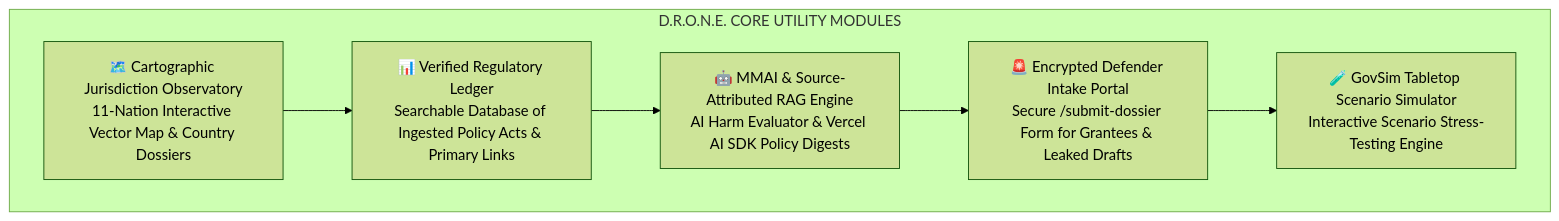
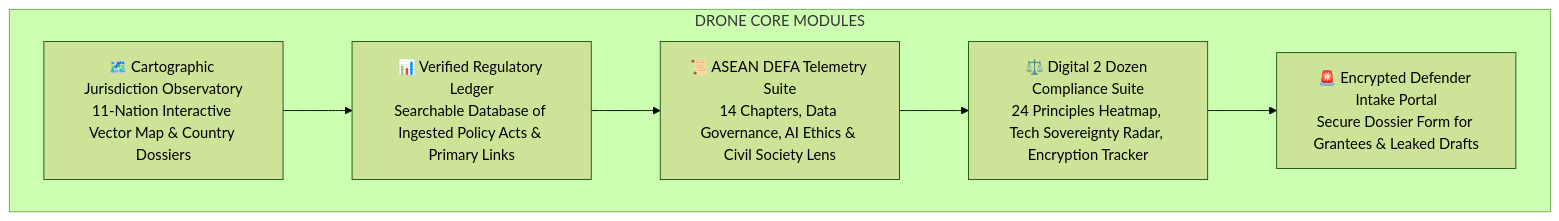
One commit to okihita/drone changed the diagram in README.md. Above: the diagram before and after it, drawn with Mermaid (forest theme). The commit also changed other lines of this file and 26 other files, not shown here.

````diff
--- a/README.md
+++ b/README.md
@@ -20,11 +20,11 @@
 ```mermaid
 flowchart TD
-    subgraph D.R.O.N.E. CORE UTILITY MODULES
+    subgraph DRONE CORE MODULES
         A["🗺️ Cartographic Jurisdiction Observatory<br/>11-Nation Interactive Vector Map & Country Dossiers"]
         B["📊 Verified Regulatory Ledger<br/>Searchable Database of Ingested Policy Acts & Primary Links"]
-        C["🤖 MMAI & Source-Attributed RAG Engine<br/>AI Harm Evaluator & Vercel AI SDK Policy Digests"]
-        D["🚨 Encrypted Defender Intake Portal<br/>Secure /submit-dossier Form for Grantees & Leaked Drafts"]
-        E["🧪 GovSim Tabletop Scenario Simulator<br/>Interactive Scenario Stress-Testing Engine"]
+        C["📜 ASEAN DEFA Telemetry Suite<br/>14 Chapters, Data Governance, AI Ethics & Civil Society Lens"]
+        D["⚖️ Digital 2 Dozen Compliance Suite<br/>24 Principles Heatmap, Tech Sovereignty Radar, Encryption Tracker"]
+        E["🚨 Encrypted Defender Intake Portal<br/>Secure Dossier Form for Grantees & Leaked Drafts"]
     end
     A --> B --> C --> D --> E
 ```
````
